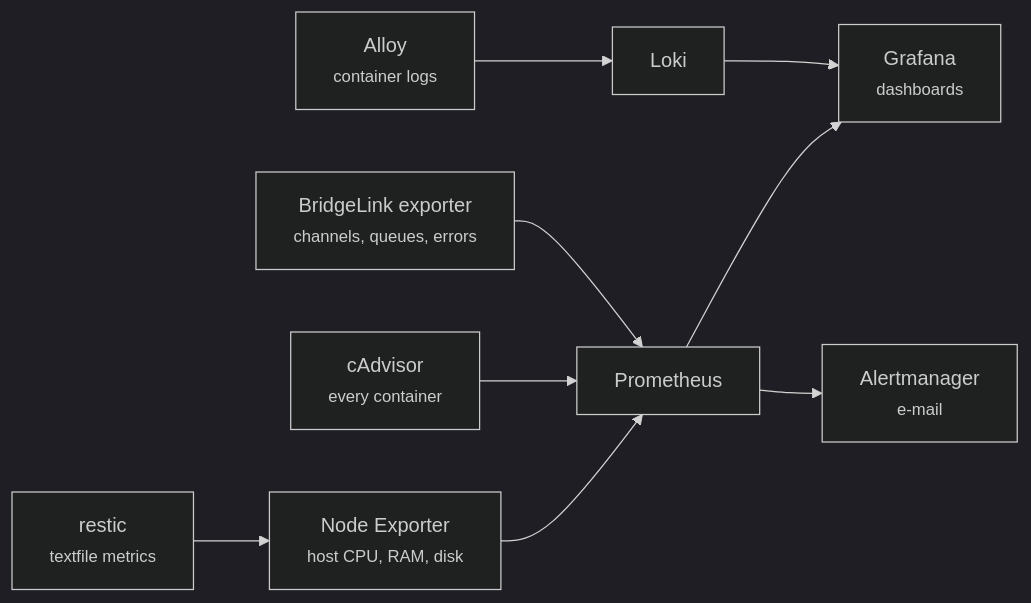
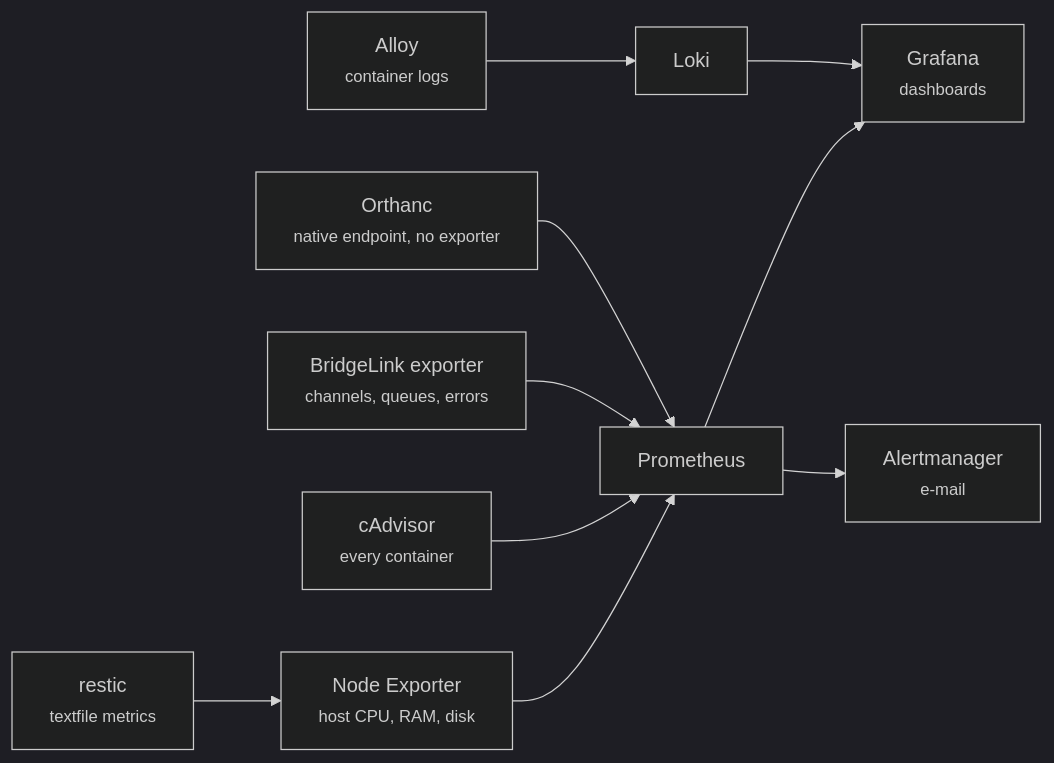
One commit to Linumed/Base changed the diagram in docs/diagrams/02-what-reports-to-whom.mmd. Above: the diagram before and after it, drawn with Mermaid (dark theme). The commit also changed 29 other files, not shown here.

```diff
--- a/docs/diagrams/02-what-reports-to-whom.mmd
+++ b/docs/diagrams/02-what-reports-to-whom.mmd
@@ -1,15 +1,16 @@
 %% Rendered to docs/img/02-what-reports-to-whom.svg by scripts/render-diagrams.sh (#65).
 %% -
 %% Flows only, and deliberately flat - no subgraphs, so no edge ever crosses a cluster
 %% boundary, which is the one thing mermaid reliably gets wrong.
 graph LR
     restic["restic<br/><small>textfile metrics</small>"] --> nodeexp
     nodeexp["Node Exporter<br/><small>host CPU, RAM, disk</small>"] --> prom
     cadvisor["cAdvisor<br/><small>every container</small>"] --> prom
     blexp["BridgeLink exporter<br/><small>channels, queues, errors</small>"] --> prom
+    orthanc["Orthanc<br/><small>native endpoint, no exporter</small>"] --> prom
 
     alloy["Alloy<br/><small>container logs</small>"] --> loki["Loki"]
 
     prom["Prometheus"] --> grafana["Grafana<br/><small>dashboards</small>"]
     loki --> grafana
     prom --> alertmanager["Alertmanager<br/><small>e-mail</small>"]
```
